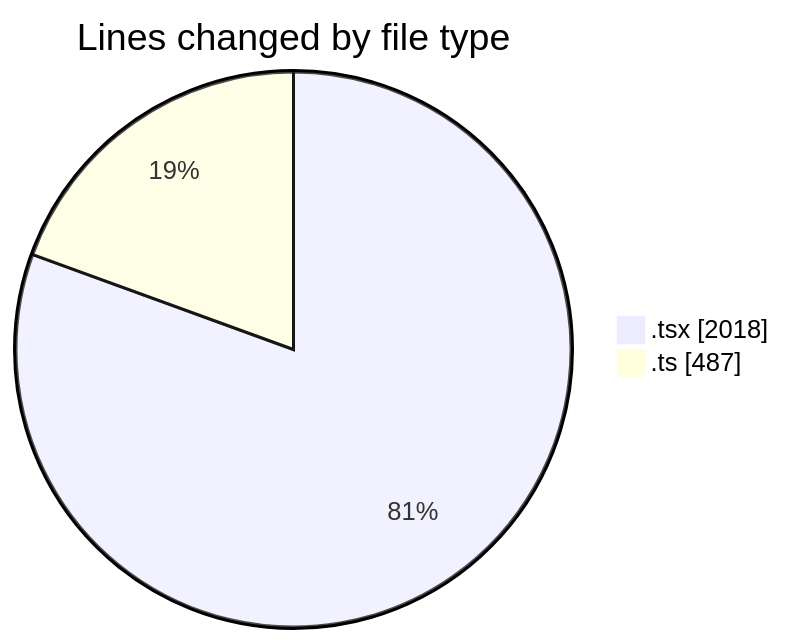
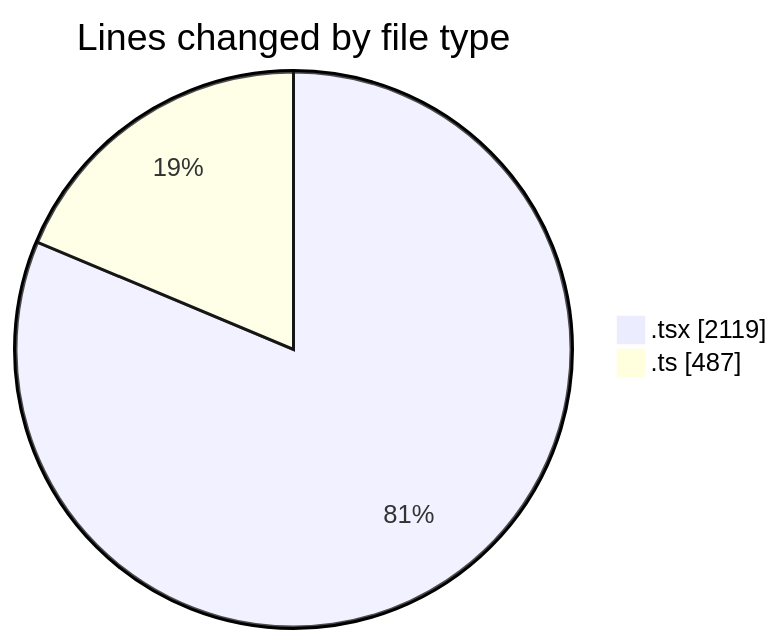
One commit to nxtqubesakshisongat/code-tracking changed the first of 2 diagrams in 2026-03-31/nxtqube_webapp/README.md. Above: the diagram before and after it, drawn with Mermaid. The commit also changed other lines of this file and 1 other file, not shown here.

````diff
--- a/2026-03-31/nxtqube_webapp/README.md
+++ b/2026-03-31/nxtqube_webapp/README.md
@@ -23,6 +23,6 @@
 ```mermaid
 pie showData
 title Lines changed by file type
-".tsx" : 2018
+".tsx" : 2119
 ".ts" : 487
 ```
````
